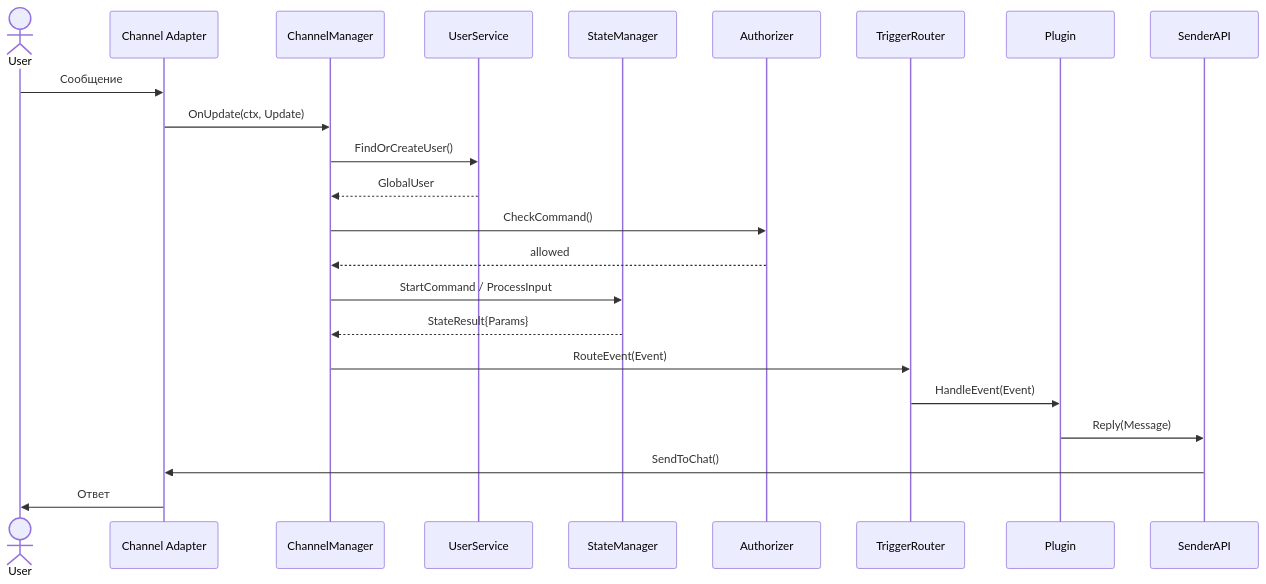
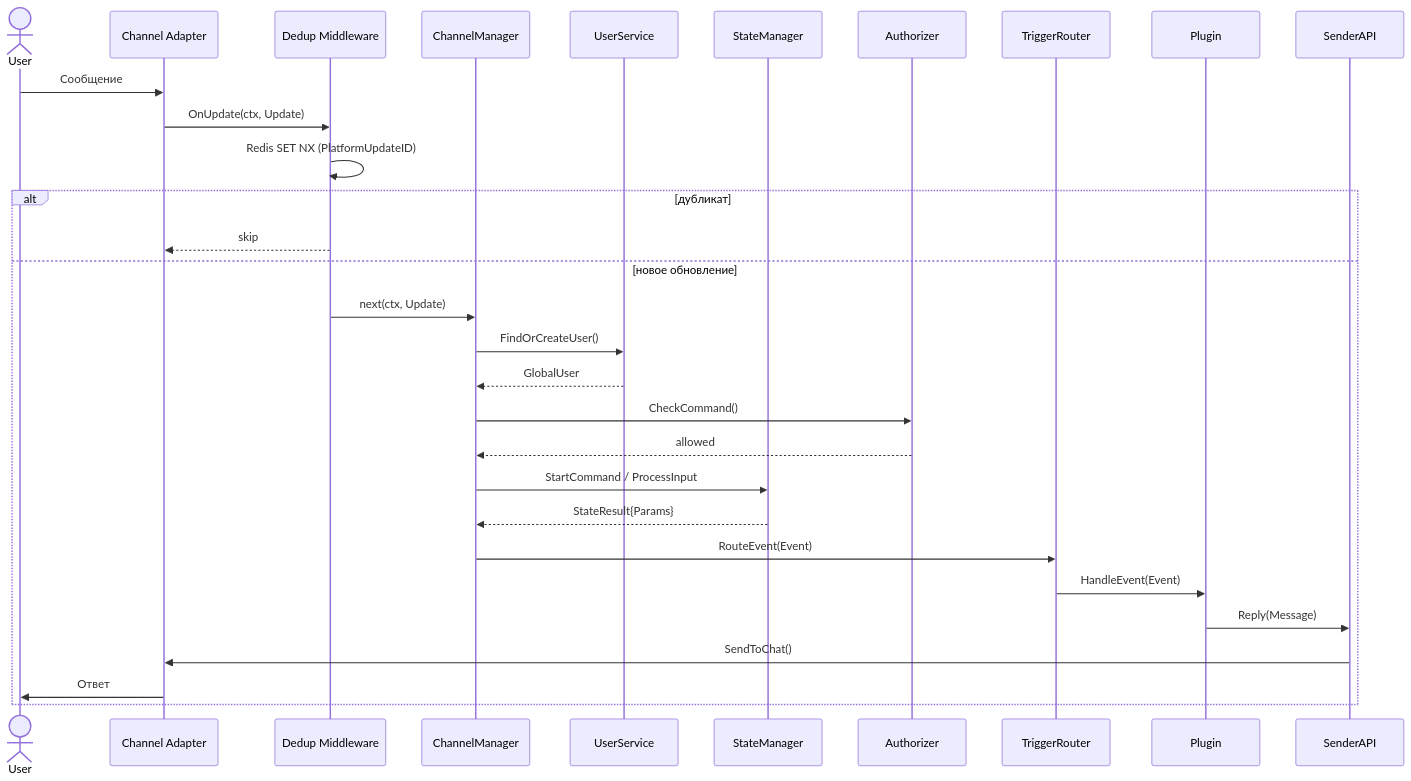
One commit to StaZisS/SuperBotGo changed the second of 4 diagrams in web/docs/architecture/components.md. Above: the diagram before and after it, drawn with Mermaid. The commit also changed other lines of this file and 9 other files, not shown here.

````diff
--- a/web/docs/architecture/components.md
+++ b/web/docs/architecture/components.md
@@ -192,26 +194,33 @@
 ```mermaid
 sequenceDiagram
     actor User
     participant Ch as Channel Adapter
+    participant DD as Dedup Middleware
     participant CM as ChannelManager
     participant US as UserService
     participant SM as StateManager
     participant AZ as Authorizer
     participant TR as TriggerRouter
     participant P as Plugin
     participant SA as SenderAPI
 
     User->>Ch: Сообщение
-    Ch->>CM: OnUpdate(ctx, Update)
-    CM->>US: FindOrCreateUser()
-    US-->>CM: GlobalUser
-    CM->>AZ: CheckCommand()
-    AZ-->>CM: allowed
-    CM->>SM: StartCommand / ProcessInput
-    SM-->>CM: StateResult{Params}
-    CM->>TR: RouteEvent(Event)
-    TR->>P: HandleEvent(Event)
-    P->>SA: Reply(Message)
-    SA->>Ch: SendToChat()
-    Ch->>User: Ответ
+    Ch->>DD: OnUpdate(ctx, Update)
+    DD->>DD: Redis SET NX (PlatformUpdateID)
+    alt дубликат
+        DD-->>Ch: skip
+    else новое обновление
+        DD->>CM: next(ctx, Update)
+        CM->>US: FindOrCreateUser()
+        US-->>CM: GlobalUser
+        CM->>AZ: CheckCommand()
+        AZ-->>CM: allowed
+        CM->>SM: StartCommand / ProcessInput
+        SM-->>CM: StateResult{Params}
+        CM->>TR: RouteEvent(Event)
+        TR->>P: HandleEvent(Event)
+        P->>SA: Reply(Message)
+        SA->>Ch: SendToChat()
+        Ch->>User: Ответ
+    end
 ```
````
